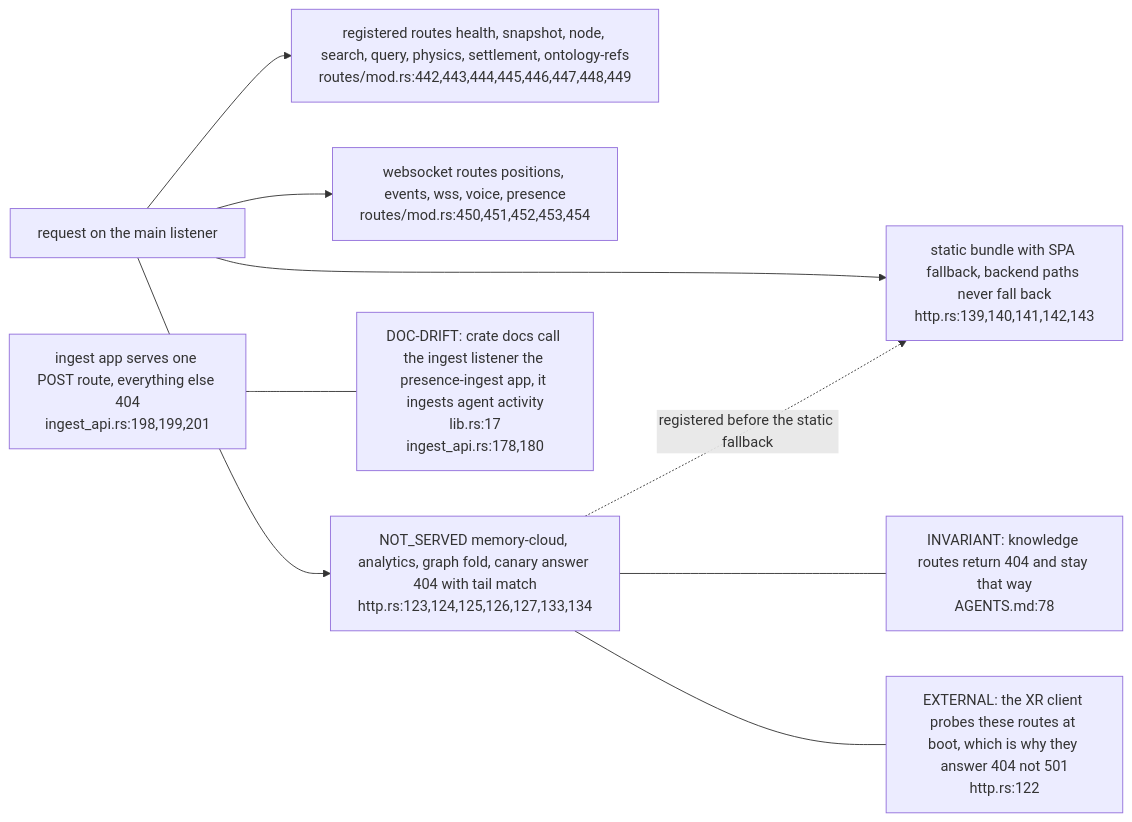
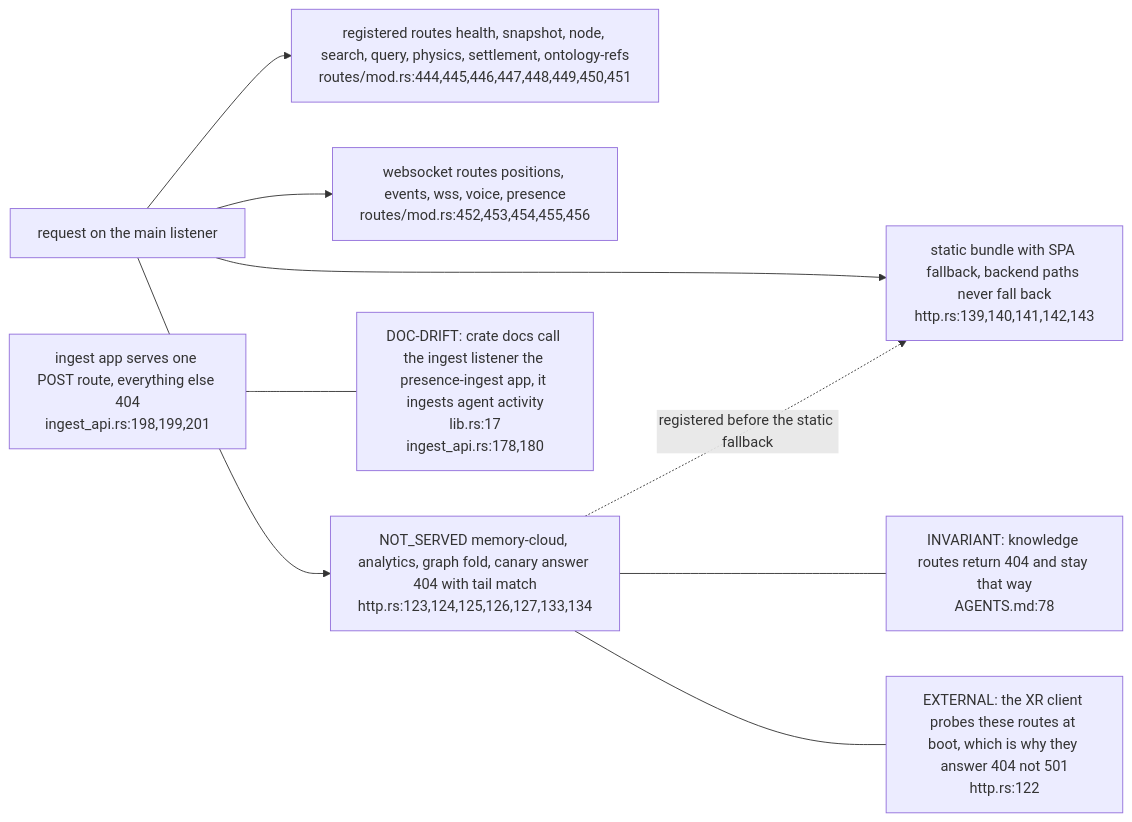
Before and after one commit to DreamLab-AI/VisionFlow: the second of 6 diagrams in docs/diagrams/codescape/03-server-listeners-and-presence.md, drawn with Mermaid. The commit also changed other lines of this file and 3 other files, not shown here.

First line of the commit message:
diagrams: re-verify CS-03, DIR-02, PS-03, PS-04 at the pinned heads

````diff
--- a/docs/diagrams/codescape/03-server-listeners-and-presence.md
+++ b/docs/diagrams/codescape/03-server-listeners-and-presence.md
@@ -56,20 +56,20 @@
 ```mermaid
 flowchart LR
     REQ["request on the main listener"]
-    API["registered routes health, snapshot, node, search, query, physics, settlement, ontology-refs<br/>routes/mod.rs:442,443,444,445,446,447,448,449"]
-    WS["websocket routes positions, events, wss, voice, presence<br/>routes/mod.rs:450,451,452,453,454"]
+    API["registered routes health, snapshot, node, search, query, physics, settlement, ontology-refs<br/>routes/mod.rs:444,445,446,447,448,449,450,451"]
+    WS["websocket routes positions, events, wss, voice, presence<br/>routes/mod.rs:452,453,454,455,456"]
     NS["NOT_SERVED memory-cloud, analytics, graph fold, canary answer 404 with tail match<br/>http.rs:123,124,125,126,127,133,134"]
     SPA["static bundle with SPA fallback, backend paths never fall back<br/>http.rs:139,140,141,142,143"]
     ING["ingest app serves one POST route, everything else 404<br/>ingest_api.rs:198,199,201"]
     REQ --> API
     REQ --> WS
     REQ --> NS
     REQ --> SPA
     NS -.->|"registered before the static fallback"| SPA
     INV["INVARIANT: knowledge routes return 404 and stay that way<br/>AGENTS.md:78"]
     NS --- INV
     EXT["EXTERNAL: the XR client probes these routes at boot, which is why they answer 404 not 501<br/>http.rs:122"]
     NS --- EXT
     DOC["DOC-DRIFT: crate docs call the ingest listener the presence-ingest app, it ingests agent activity<br/>lib.rs:17<br/>ingest_api.rs:178,180"]
     ING --- DOC
 ```
````
